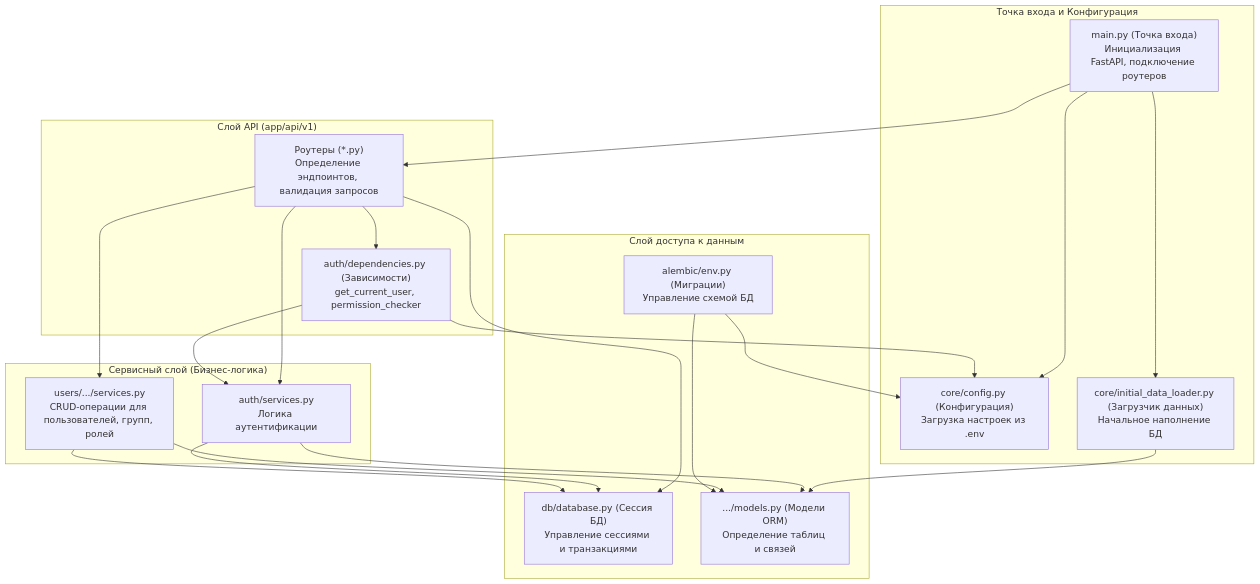
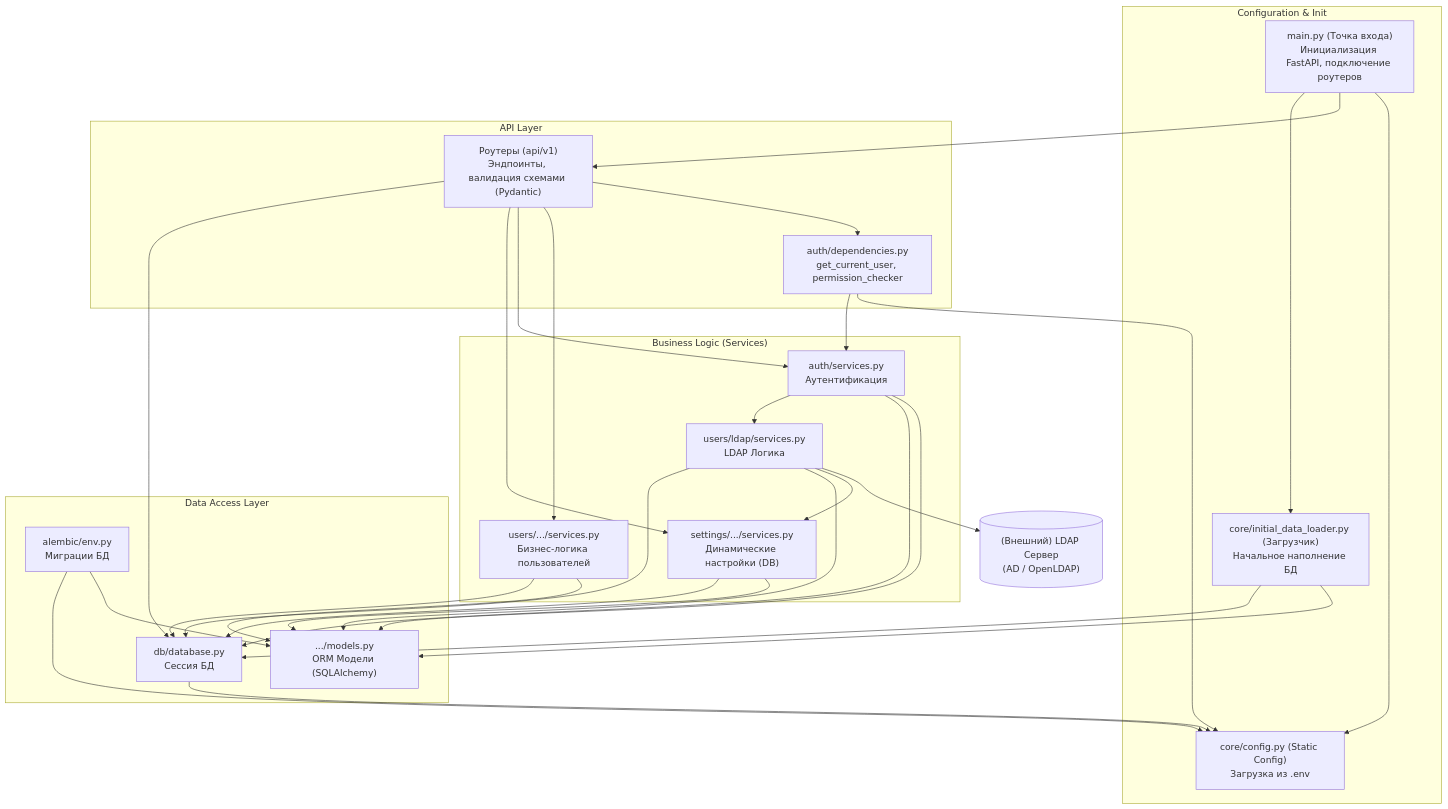
Before and after one commit to centhis/infraportal: the diagram in docs/backend/overview.md, drawn with Mermaid. The commit also changed other lines of this file and 91 other files, not shown here.

Commit message:
LDAP auth

````diff
--- a/docs/backend/overview.md
+++ b/docs/backend/overview.md
@@ -67,54 +75,83 @@
 graph TD
     %% Определения узлов
     Main["main.py (Точка входа)<br>Инициализация FastAPI, подключение роутеров"]
-    Settings["core/config.py (Конфигурация)<br>Загрузка настроек из .env"]
-    InitialData["core/initial_data_loader.py (Загрузчик данных)<br>Начальное наполнение БД"]
-    APIRouters["Роутеры (*.py)<br>Определение эндпоинтов, валидация запросов"]
-    Dependencies["auth/dependencies.py (Зависимости)<br>get_current_user, permission_checker"]
-    AuthService["auth/services.py<br>Логика аутентификации"]
-    UserServices["users/.../services.py<br>CRUD-операции для пользователей, групп, ролей"]
-    SQLAlchemySession["db/database.py (Сессия БД)<br>Управление сессиями и транзакциями"]
-    Alembic["alembic/env.py (Миграции)<br>Управление схемой БД"]
-    Models[".../models.py (Модели ORM)<br>Определение таблиц и связей"]
+    Config["core/config.py (Static Config)<br>Загрузка из .env"]
+    InitialData["core/initial_data_loader.py (Загрузчик)<br>Начальное наполнение БД"]
+    
+    APIRouters["Роутеры (api/v1)<br>Эндпоинты, валидация схемами (Pydantic)"]
+    Dependencies["auth/dependencies.py<br>get_current_user, permission_checker"]
+    
+    AuthService["auth/services.py<br>Аутентификация"]
+    LdapService["users/ldap/services.py<br>LDAP Логика"]
+    UserServices["users/.../services.py<br>Бизнес-логика пользователей"]
+    SettingsService["settings/.../services.py<br>Динамические настройки (DB)"]
+    
+    SQLAlchemySession["db/database.py<br>Сессия БД"]
+    Models[".../models.py<br>ORM Модели (SQLAlchemy)"]
+    Alembic["alembic/env.py<br>Миграции БД"]
+    
+    LdapServer[("(Внешний) LDAP Сервер<br>(AD / OpenLDAP)")]
 
-    %% Зависимости
-    Main --> Settings
+    %% Зависимости - Инициализация
+    Main --> Config
     Main --> APIRouters
     Main --> InitialData
     InitialData --> Models
+    InitialData --> SQLAlchemySession
+
+    %% Зависимости - API Layer
     APIRouters --> Dependencies
     APIRouters --> UserServices
     APIRouters --> AuthService
+    APIRouters --> SettingsService
     APIRouters --> SQLAlchemySession
-    Dependencies --> Settings
+
+    %% Зависимости - Service Layer
+    Dependencies --> Config
     Dependencies --> AuthService
+    
     AuthService --> Models
     AuthService --> SQLAlchemySession
+    AuthService --> LdapService
+    
+    LdapService --> LdapServer
+    LdapService --> SettingsService
+    LdapService --> Models
+    LdapService --> SQLAlchemySession
+    
     UserServices --> Models
     UserServices --> SQLAlchemySession
+    
+    SettingsService --> Models
+    SettingsService --> SQLAlchemySession
+
+    %% Зависимости - Infrastructure
+    SQLAlchemySession --> Config
     Alembic --> Models
-    Alembic --> Settings
+    Alembic --> Config
 
-    %% Группировка в подграфы
-    subgraph "Точка входа и Конфигурация"
+    %% Группировка
+    subgraph "Configuration & Init"
         Main
-        Settings
+        Config
         InitialData
     end
 
-    subgraph "Слой API (app/api/v1)"
+    subgraph "API Layer"
         APIRouters
         Dependencies
     end
 
-    subgraph "Сервисный слой (Бизнес-логика)"
+    subgraph "Business Logic (Services)"
         AuthService
+        LdapService
         UserServices
+        SettingsService
     end
 
-    subgraph "Слой доступа к данным"
+    subgraph "Data Access Layer"
         SQLAlchemySession
+        Models
         Alembic
-        Models
     end
 ```
````
